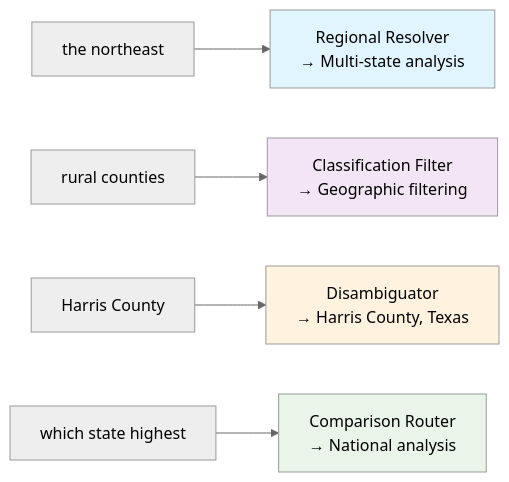
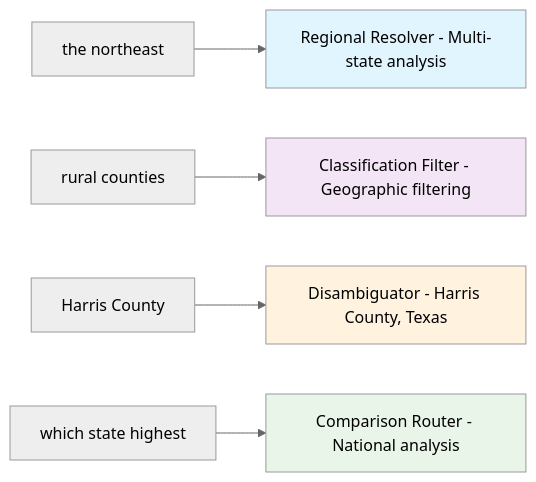
Before and after one commit to saikrmet/open-census-mcp-server: the fourth of 8 diagrams in enhanced_phase3_architecture.md, drawn with Mermaid (neutral theme). The commit also changed other lines of this file, not shown here.

````diff
--- a/enhanced_phase3_architecture.md
+++ b/enhanced_phase3_architecture.md
@@ -367,12 +427,12 @@
 ```mermaid
 graph LR
-    G1["the northeast"] --> GT1[Regional Resolver<br/>→ Multi-state analysis]
-    G2["rural counties"] --> GT2[Classification Filter<br/>→ Geographic filtering]
-    G3["Harris County"] --> GT3[Disambiguator<br/>→ Harris County, Texas]
-    G4["which state highest"] --> GT4[Comparison Router<br/>→ National analysis]
+    G1[the northeast] --> GT1[Regional Resolver - Multi-state analysis]
+    G2[rural counties] --> GT2[Classification Filter - Geographic filtering]
+    G3[Harris County] --> GT3[Disambiguator - Harris County, Texas]
+    G4[which state highest] --> GT4[Comparison Router - National analysis]
     
     style GT1 fill:#e1f5fe
     style GT2 fill:#f3e5f5
     style GT3 fill:#fff3e0
     style GT4 fill:#e8f5e8
 ```
````
